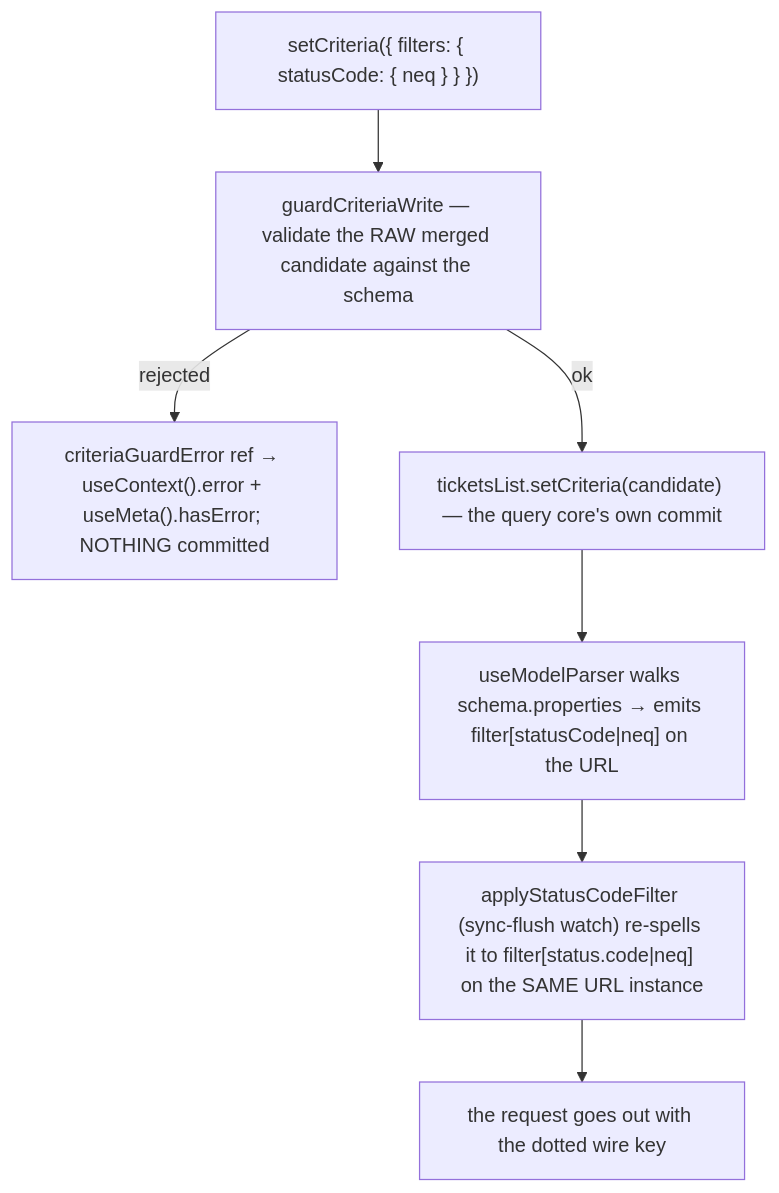
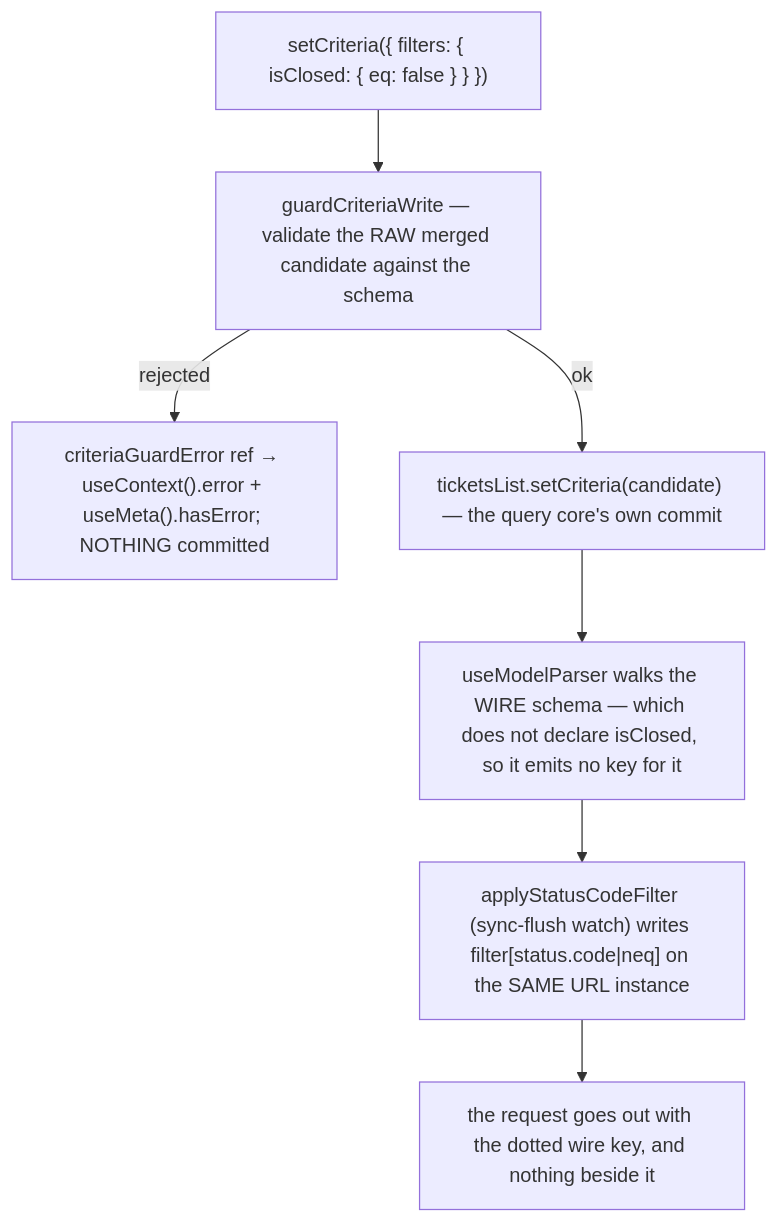
One commit to upmind/upmind-ui changed the fifth of 6 diagrams in packages/headless/src/modules/tickets/docs/architecture.md. Above: the diagram before and after it, drawn with Mermaid. The commit also changed other lines of this file and 20 other files, not shown here.

````diff
--- a/packages/headless/src/modules/tickets/docs/architecture.md
+++ b/packages/headless/src/modules/tickets/docs/architecture.md
@@ -83,9 +83,9 @@
 ```mermaid
 flowchart TD
-  write["setCriteria({ filters: { statusCode: { neq } } })"] --> validate["guardCriteriaWrite — validate the RAW merged candidate against the schema"]
+  write["setCriteria({ filters: { isClosed: { eq: false } } })"] --> validate["guardCriteriaWrite — validate the RAW merged candidate against the schema"]
   validate -- rejected --> err["criteriaGuardError ref → useContext().error + useMeta().hasError; NOTHING committed"]
   validate -- ok --> commit["ticketsList.setCriteria(candidate) — the query core's own commit"]
-  commit --> parse["useModelParser walks schema.properties → emits filter[statusCode|neq] on the URL"]
-  parse --> respell["applyStatusCodeFilter (sync-flush watch) re-spells it to filter[status.code|neq] on the SAME URL instance"]
-  respell --> wire["the request goes out with the dotted wire key"]
+  commit --> parse["useModelParser walks the WIRE schema — which does not declare isClosed, so it emits no key for it"]
+  parse --> respell["applyStatusCodeFilter (sync-flush watch) writes filter[status.code|neq] on the SAME URL instance"]
+  respell --> wire["the request goes out with the dotted wire key, and nothing beside it"]
 ```
````
